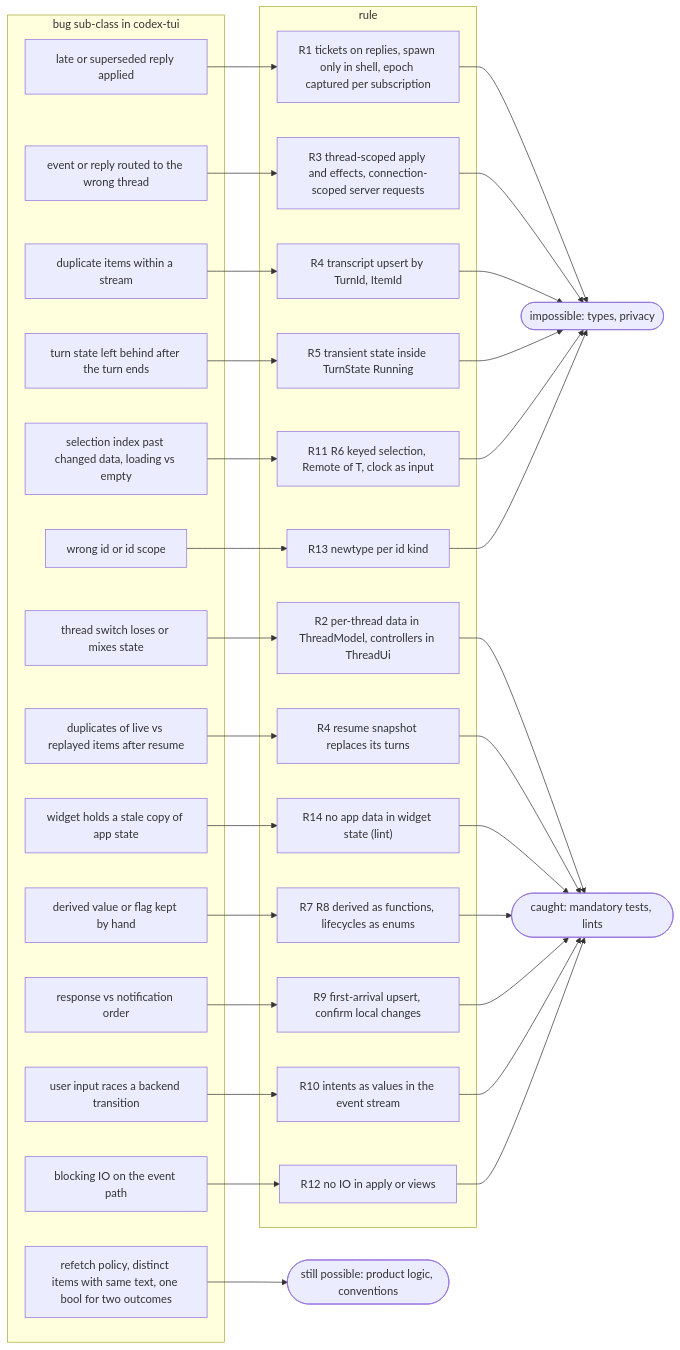
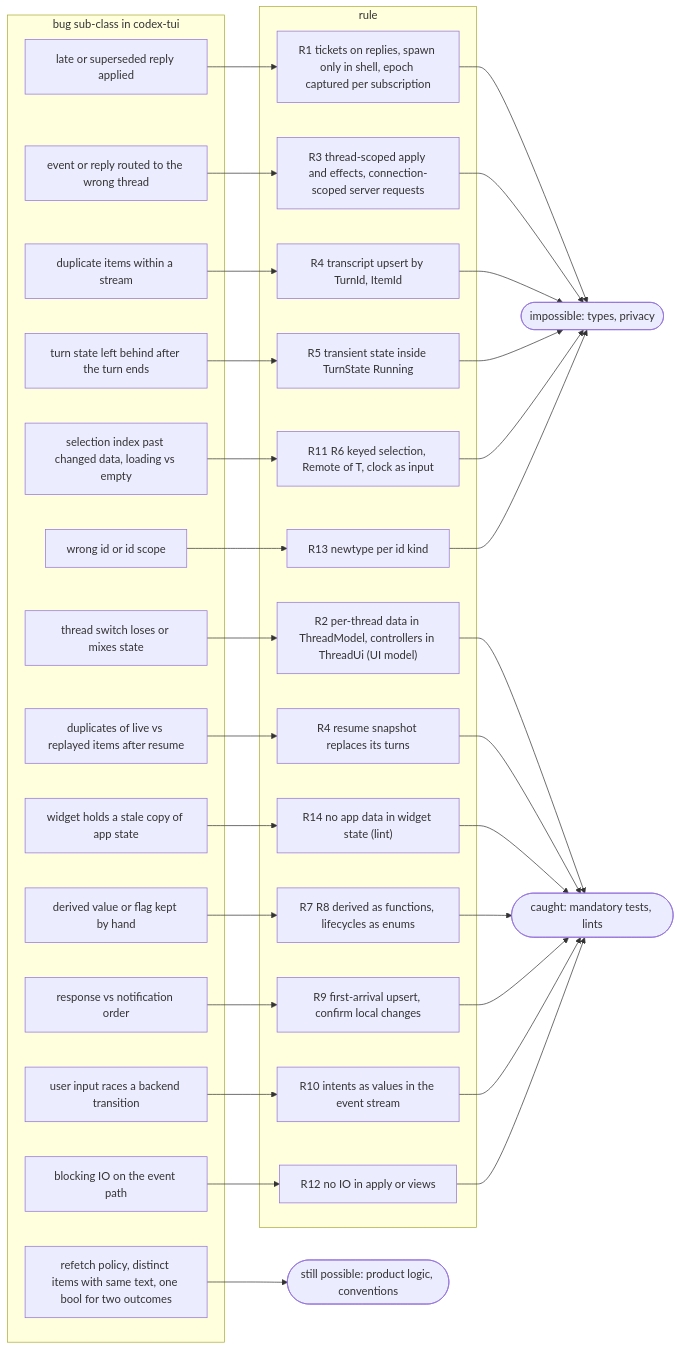
Before and after one commit to Maryarty/CodexCLI: the seventh of 11 diagrams in docs/rtwk-port/design.md, drawn with Mermaid. The commit also changed other lines of this file and 3 other files, not shown here.

Commit message:
skeleton-layers: architecture.md (ADR-001/002, Skeleton, Layers), design.md and design.html (two crates, layers table, UiApp class diagram), parity pack

````diff
--- a/docs/rtwk-port/design.md
+++ b/docs/rtwk-port/design.md
@@ -228,61 +266,61 @@
 ```mermaid
 flowchart LR
   subgraph bugs["bug sub-class in codex-tui"]
     b1["late or superseded reply applied"]
     b2["thread switch loses or mixes state"]
     b3["event or reply routed to the wrong thread"]
     b4["duplicate items within a stream"]
     b4r["duplicates of live vs replayed items after resume"]
     b5["turn state left behind after the turn ends"]
     b6["widget holds a stale copy of app state"]
     b7["derived value or flag kept by hand"]
     b8["response vs notification order"]
     b9["user input races a backend transition"]
     b10["selection index past changed data, loading vs empty"]
     b11["blocking IO on the event path"]
     b13["wrong id or id scope"]
     bp["refetch policy, distinct items with same text, one bool for two outcomes"]
   end
   subgraph rules["rule"]
     r1["R1 tickets on replies, spawn only in shell, epoch captured per subscription"]
-    r2["R2 per-thread data in ThreadModel, controllers in ThreadUi"]
+    r2["R2 per-thread data in ThreadModel, controllers in ThreadUi (UI model)"]
     r3["R3 thread-scoped apply and effects, connection-scoped server requests"]
     r4["R4 transcript upsert by TurnId, ItemId"]
     r4s["R4 resume snapshot replaces its turns"]
     r5["R5 transient state inside TurnState Running"]
     r14["R14 no app data in widget state (lint)"]
     r7["R7 R8 derived as functions, lifecycles as enums"]
     r9["R9 first-arrival upsert, confirm local changes"]
     r10["R10 intents as values in the event stream"]
     r11["R11 R6 keyed selection, Remote of T, clock as input"]
     r12["R12 no IO in apply or views"]
     r13["R13 newtype per id kind"]
   end
   b1 --> r1
   b2 --> r2
   b3 --> r3
   b4 --> r4
   b4r --> r4s
   b5 --> r5
   b6 --> r14
   b7 --> r7
   b8 --> r9
   b9 --> r10
   b10 --> r11
   b11 --> r12
   b13 --> r13
   r1 --> imp(["impossible: types, privacy"])
   r3 --> imp
   r4 --> imp
   r5 --> imp
   r11 --> imp
   r13 --> imp
   r2 --> cau(["caught: mandatory tests, lints"])
   r4s --> cau
   r14 --> cau
   r7 --> cau
   r9 --> cau
   r10 --> cau
   r12 --> cau
   bp --> poss(["still possible: product logic, conventions"])
 ```
````
